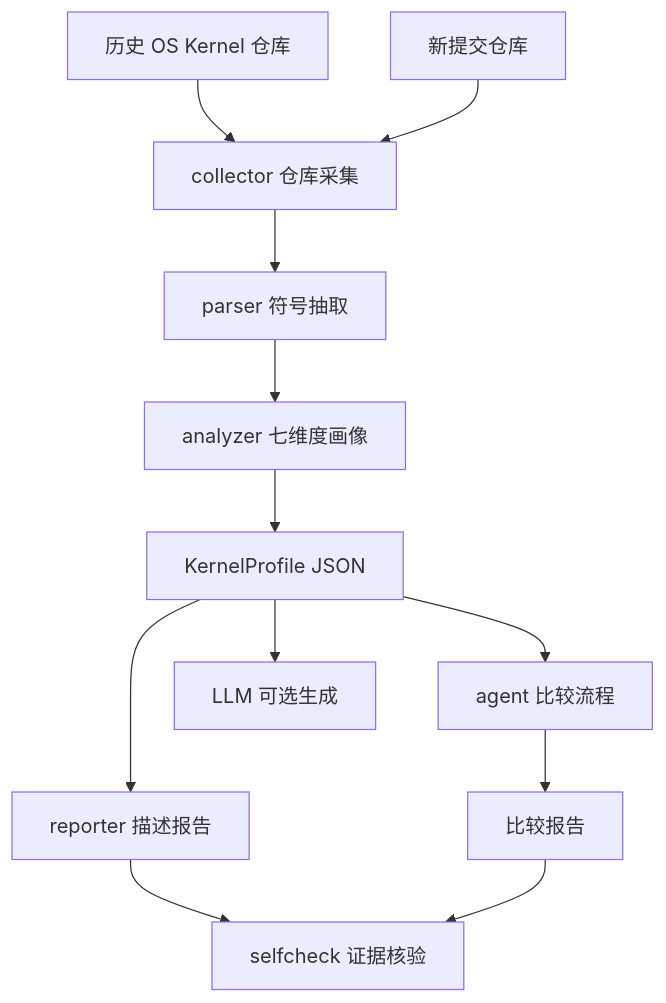
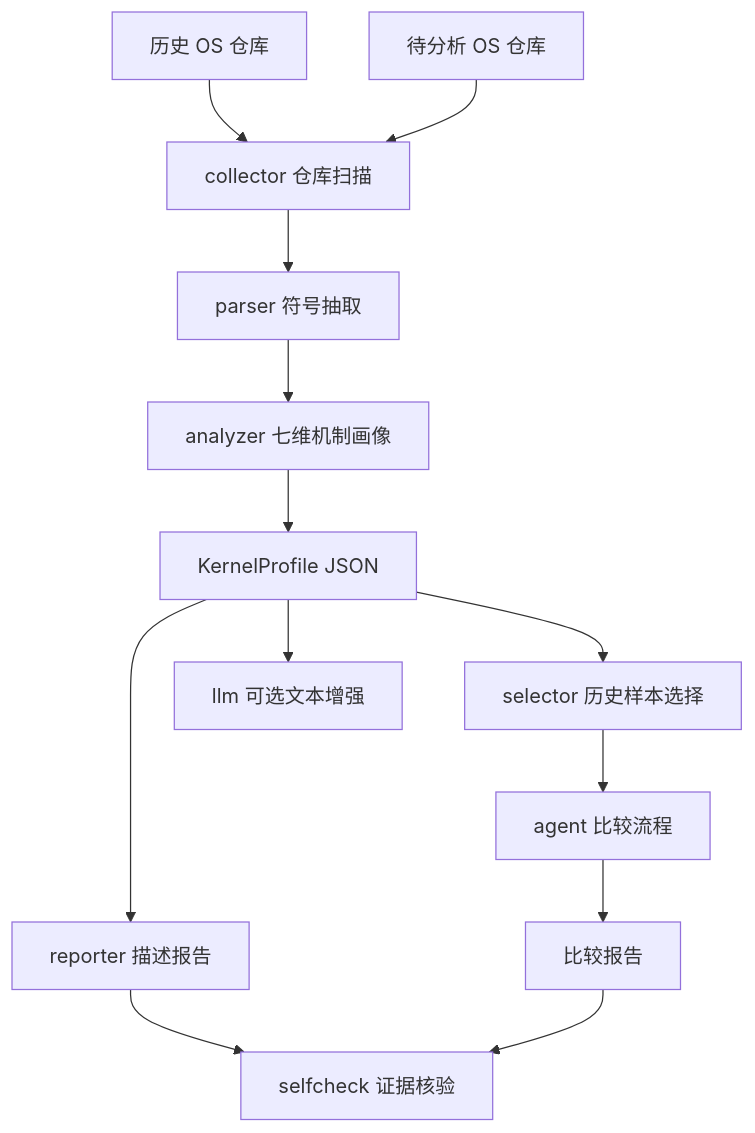
One commit to chanehwibo/proj18-CSCC changed the diagram in README.md. Above: the diagram before and after it, drawn with Mermaid. The commit also changed other lines of this file and 1 other file, not shown here.

````diff
--- a/README.md
+++ b/README.md
@@ -56,14 +200,15 @@
 ```mermaid
 flowchart TD
-    A[历史 OS Kernel 仓库] --> B[collector 仓库采集]
-    C[新提交仓库] --> B
+    A[历史 OS 仓库] --> B[collector 仓库扫描]
+    C[待分析 OS 仓库] --> B
     B --> D[parser 符号抽取]
-    D --> E[analyzer 七维度画像]
+    D --> E[analyzer 七维机制画像]
     E --> F[KernelProfile JSON]
     F --> G[reporter 描述报告]
-    F --> H[agent 比较流程]
-    H --> I[比较报告]
-    G --> J[selfcheck 证据核验]
-    I --> J
-    F --> K[LLM 可选生成]
+    F --> H[selector 历史样本选择]
+    H --> I[agent 比较流程]
+    I --> J[比较报告]
+    G --> K[selfcheck 证据核验]
+    J --> K
+    F --> L[llm 可选文本增强]
 ```
````
